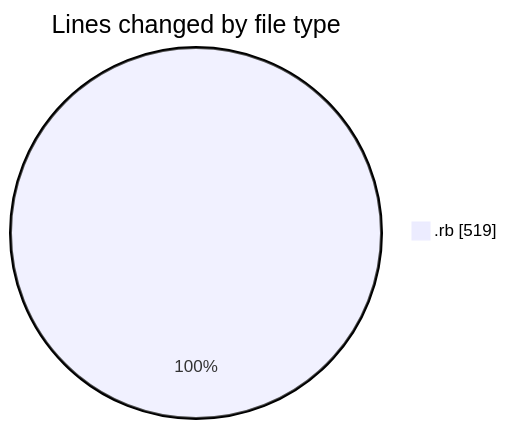
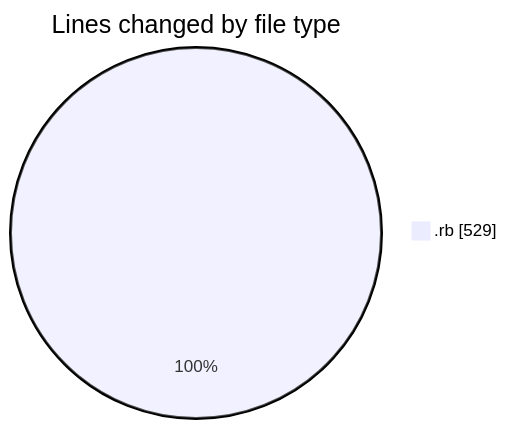
Before and after one commit to seballot/code-tracking: the first of 2 diagrams in 2025-06-18/app__container_registration-app__calm-app__/README.md, drawn with Mermaid. The commit also changed other lines of this file and 1 other file, not shown here.

````diff
--- a/2025-06-18/app__container_registration-app__calm-app__/README.md
+++ b/2025-06-18/app__container_registration-app__calm-app__/README.md
@@ -20,5 +20,5 @@
 ```mermaid
 pie showData
 title Lines changed by file type
-".rb" : 519
+".rb" : 529
 ```
````
